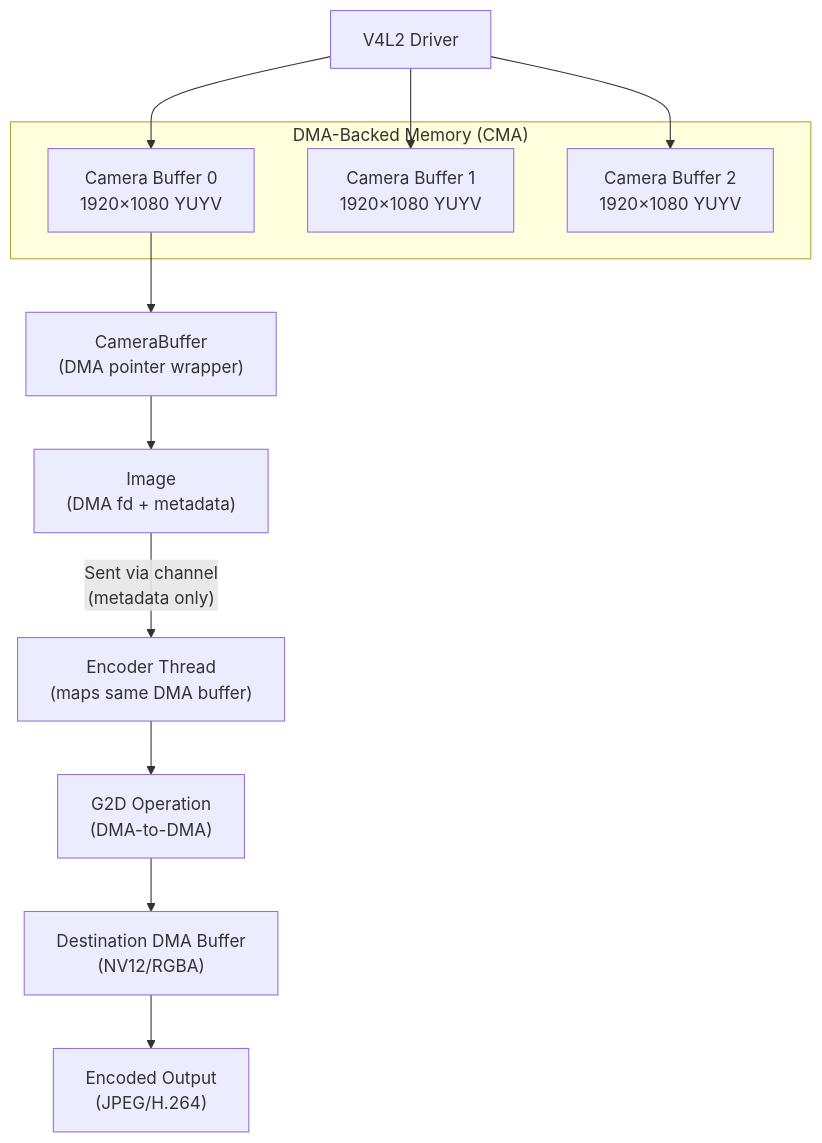
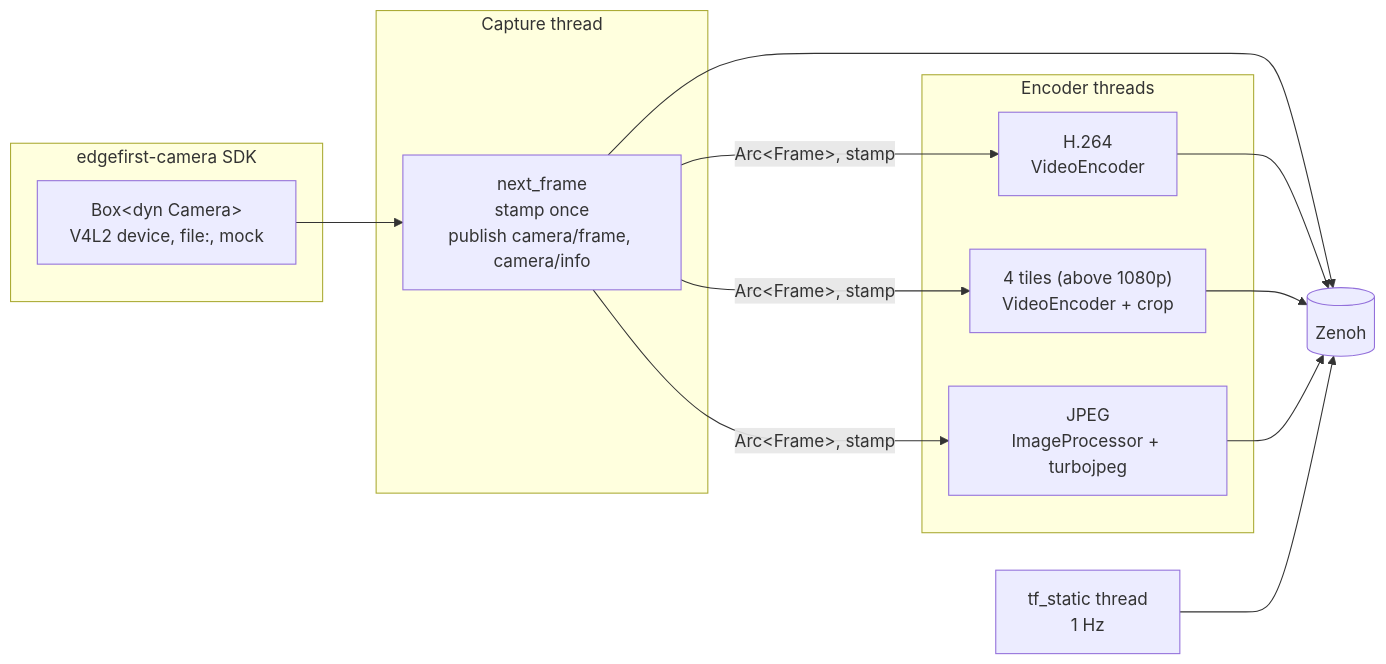
The diagram in ARCHITECTURE.md (EdgeFirstAI/camera), drawn with Mermaid before and after one commit. The commit also changed other lines of this file and 31 other files, not shown here.

````diff
--- a/ARCHITECTURE.md
+++ b/ARCHITECTURE.md
@@ -320,20 +28,25 @@
 ```mermaid
-graph TD
-    subgraph "DMA-Backed Memory (CMA)"
-        Buf0["Camera Buffer 0<br/>1920×1080 YUYV"]
-        Buf1["Camera Buffer 1<br/>1920×1080 YUYV"]
-        Buf2["Camera Buffer 2<br/>1920×1080 YUYV"]
+graph LR
+    subgraph Source["edgefirst-camera SDK"]
+        Cam["Box&lt;dyn Camera&gt;<br/>V4L2 device, file:, mock"]
     end
-    
-    V4L2["V4L2 Driver"] --> Buf0
-    V4L2 --> Buf1
-    V4L2 --> Buf2
-    
-    Buf0 --> CamBuf["CameraBuffer<br/>(DMA pointer wrapper)"]
-    CamBuf --> Img["Image<br/>(DMA fd + metadata)"]
-    Img -->|"Sent via channel<br/>(metadata only)"| Encoder["Encoder Thread<br/>(maps same DMA buffer)"]
-    
-    Encoder --> G2D["G2D Operation<br/>(DMA-to-DMA)"]
-    G2D --> DstBuf["Destination DMA Buffer<br/>(NV12/RGBA)"]
-    DstBuf --> EncOut["Encoded Output<br/>(JPEG/H.264)"]
+    subgraph Capture["Capture thread"]
+        Loop["next_frame<br/>stamp once<br/>publish camera/frame, camera/info"]
+    end
+    subgraph Encoders["Encoder threads"]
+        H264["H.264<br/>VideoEncoder"]
+        Tiles["4 tiles (above 1080p)<br/>VideoEncoder + crop"]
+        JPEG["JPEG<br/>ImageProcessor + turbojpeg"]
+    end
+    TF["tf_static thread<br/>1 Hz"]
+    Z[("Zenoh")]
+    Cam --> Loop
+    Loop -- "Arc&lt;Frame&gt;, stamp" --> H264
+    Loop -- "Arc&lt;Frame&gt;, stamp" --> Tiles
+    Loop -- "Arc&lt;Frame&gt;, stamp" --> JPEG
+    Loop --> Z
+    H264 --> Z
+    Tiles --> Z
+    JPEG --> Z
+    TF --> Z
 ```
````
